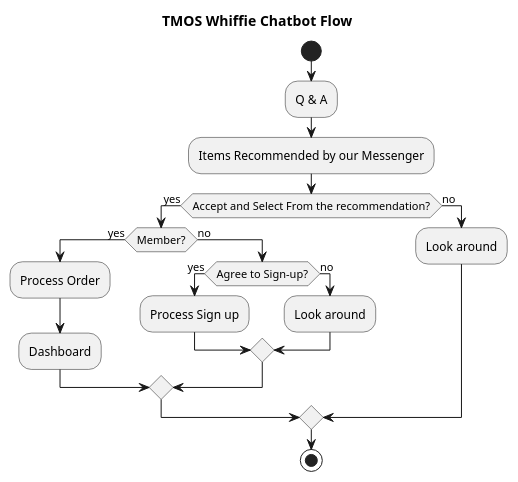
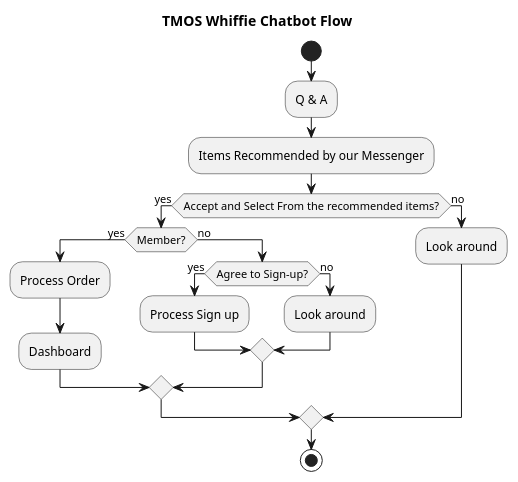
One commit to pmwong008/PlantUML_boot changed the diagram in docs/architecture/tmos_activity_chatbot.puml. Above: the diagram before and after it, drawn with PlantUML. The commit also changed 7 other files, not shown here.

```diff
--- a/docs/architecture/tmos_activity_chatbot.puml
+++ b/docs/architecture/tmos_activity_chatbot.puml
@@ -1,26 +1,26 @@
 @startuml
 title TMOS Whiffie Chatbot Flow
 start
 
 :Q & A;
 :Items Recommended by our Messenger;
-if (Accept and Select From the recommendation?) then (yes)
+if (Accept and Select From the recommended items?) then (yes)
 
     if (Member?) then (yes)
         :Process Order;
         :Dashboard;
     else (no)
         if (Agree to Sign-up?) then (yes)
             :Process Sign up;
         else (no)
             :Look around;
         endif
 
     endif
 
 else (no)
     :Look around;
 endif
 
 stop
 @enduml
```
